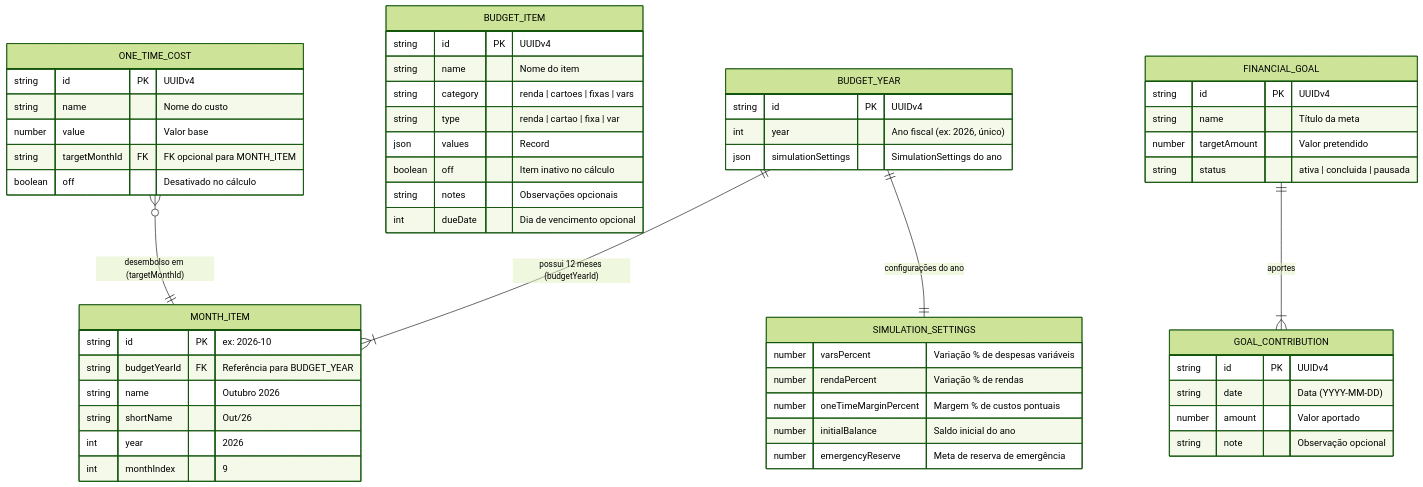
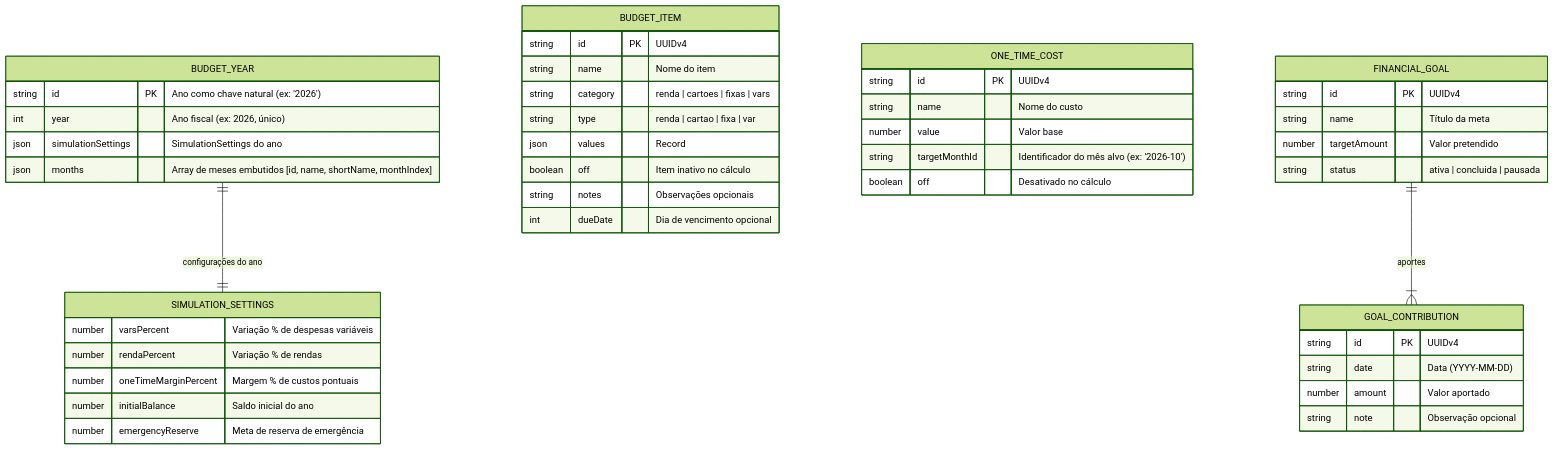
One commit to gildo-cordeiro/fin-plan changed the second of 2 diagrams in docs/ARCHITECTURE.md. Above: the diagram before and after it, drawn with Mermaid (forest theme). The commit also changed other lines of this file and 11 other files, not shown here.

First line of the commit message:
refactor(domain): embutir meses em budget_years e remover redundancia

````diff
--- a/docs/ARCHITECTURE.md
+++ b/docs/ARCHITECTURE.md
@@ -139,56 +139,47 @@
 ```mermaid
 erDiagram
-    BUDGET_YEAR ||--|{ MONTH_ITEM : "possui 12 meses (budgetYearId)"
     BUDGET_YEAR ||--|| SIMULATION_SETTINGS : "configurações do ano"
     BUDGET_ITEM {
         string id PK "UUIDv4"
         string name "Nome do item"
         string category "renda | cartoes | fixas | vars"
         string type "renda | cartao | fixa | var"
         json values "Record<monthId, number>"
         boolean off "Item inativo no cálculo"
         string notes "Observações opcionais"
         int dueDate "Dia de vencimento opcional"
     }
     BUDGET_YEAR {
-        string id PK "UUIDv4"
+        string id PK "Ano como chave natural (ex: '2026')"
         int year "Ano fiscal (ex: 2026, único)"
         json simulationSettings "SimulationSettings do ano"
-    }
-    MONTH_ITEM {
-        string id PK "ex: 2026-10"
-        string budgetYearId FK "Referência para BUDGET_YEAR"
-        string name "Outubro 2026"
-        string shortName "Out/26"
-        int year "2026"
-        int monthIndex "9"
+        json months "Array de meses embutidos [id, name, shortName, monthIndex]"
     }
     ONE_TIME_COST {
         string id PK "UUIDv4"
         string name "Nome do custo"
         number value "Valor base"
-        string targetMonthId FK "FK opcional para MONTH_ITEM"
+        string targetMonthId "Identificador do mês alvo (ex: '2026-10')"
         boolean off "Desativado no cálculo"
     }
     SIMULATION_SETTINGS {
         number varsPercent "Variação % de despesas variáveis"
         number rendaPercent "Variação % de rendas"
         number oneTimeMarginPercent "Margem % de custos pontuais"
         number initialBalance "Saldo inicial do ano"
         number emergencyReserve "Meta de reserva de emergência"
     }
     FINANCIAL_GOAL {
         string id PK "UUIDv4"
         string name "Título da meta"
         number targetAmount "Valor pretendido"
         string status "ativa | concluida | pausada"
     }
     FINANCIAL_GOAL ||--|{ GOAL_CONTRIBUTION : "aportes"
     GOAL_CONTRIBUTION {
         string id PK "UUIDv4"
         string date "Data (YYYY-MM-DD)"
         number amount "Valor aportado"
         string note "Observação opcional"
     }
-    ONE_TIME_COST }o--|| MONTH_ITEM : "desembolso em (targetMonthId)"
 ```
````
